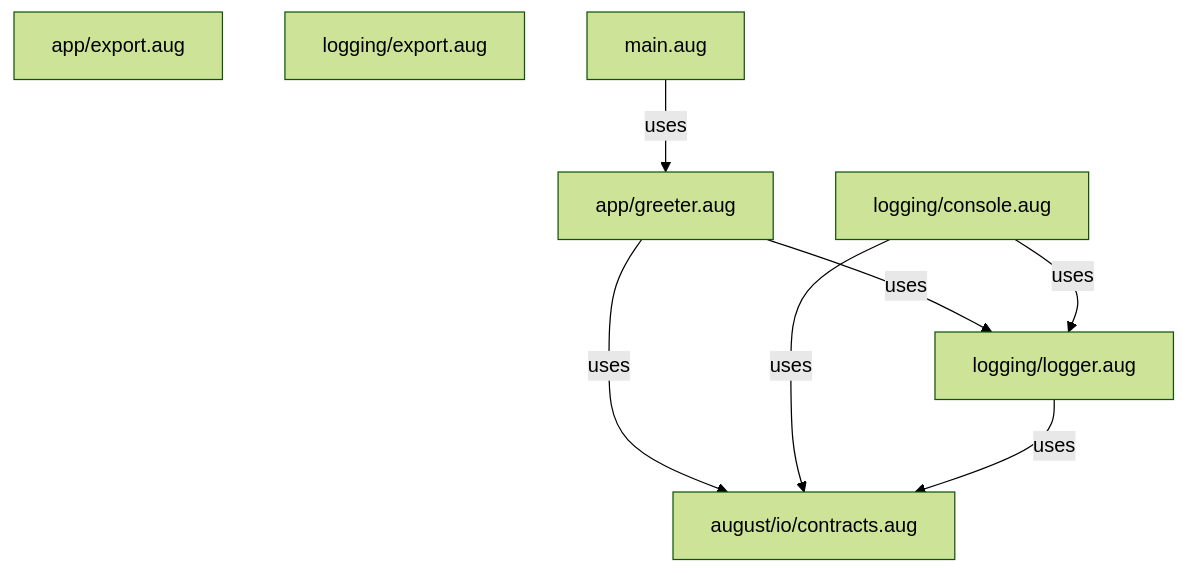
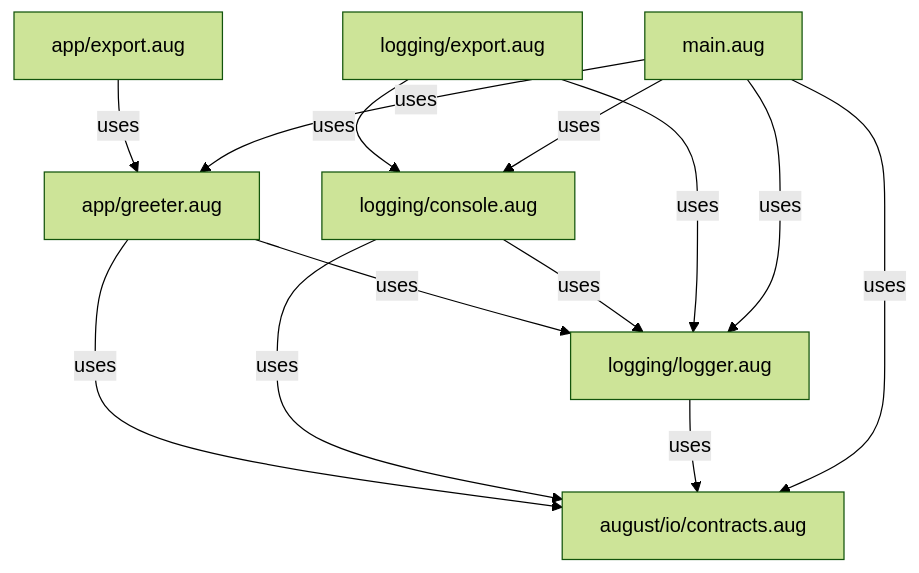
The second of 2 diagrams in docs/examples/hello/diagrams/index.md (GreenPandaStudios/augscript), drawn with Mermaid (forest theme) before and after one commit. The commit also changed other lines of this file and 289 other files, not shown here.

Commit message:
Correct diagram control flow and complete generated wiki navigation

````diff
--- a/docs/examples/hello/diagrams/index.md
+++ b/docs/examples/hello/diagrams/index.md
@@ -35,16 +37,22 @@
 ```mermaid
 flowchart TD
     n0["app/export.aug"]
     n1["app/greeter.aug"]
     n2["august/io/contracts.aug"]
     n3["logging/console.aug"]
     n4["logging/export.aug"]
     n5["logging/logger.aug"]
     n6["main.aug"]
+    n0 -->|"uses"| n1
     n1 -->|"uses"| n2
     n1 -->|"uses"| n5
     n3 -->|"uses"| n2
     n3 -->|"uses"| n5
+    n4 -->|"uses"| n3
+    n4 -->|"uses"| n5
     n5 -->|"uses"| n2
     n6 -->|"uses"| n1
+    n6 -->|"uses"| n2
+    n6 -->|"uses"| n3
+    n6 -->|"uses"| n5
 ```
````
